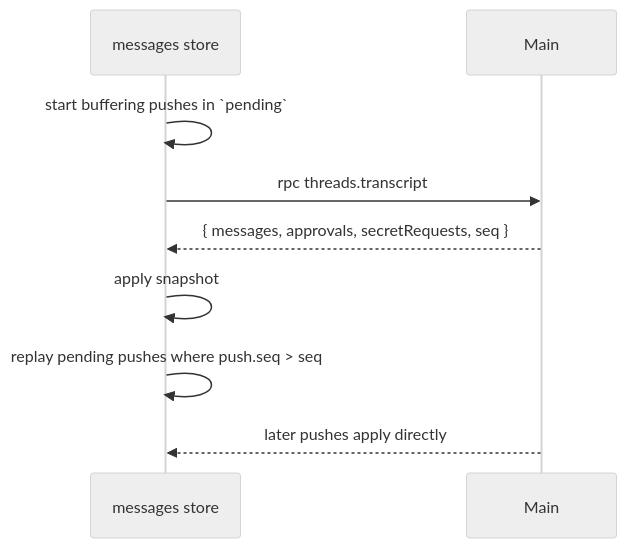
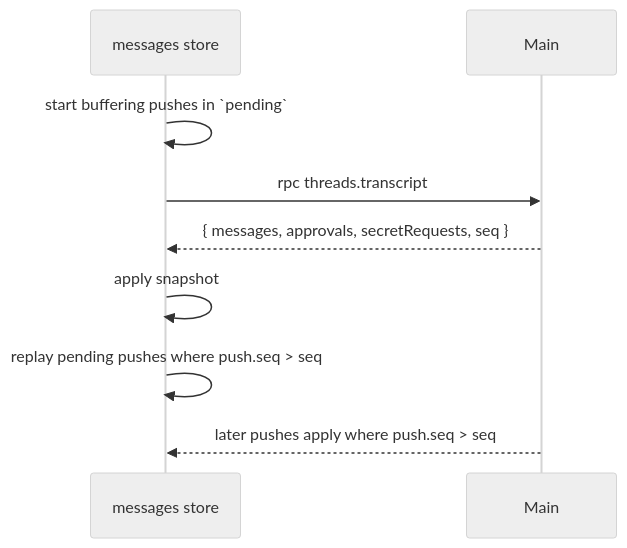
The sixth of 16 diagrams in docs/arch.md (hinadev-ai/hinacode), drawn with Mermaid (neutral theme) before and after one commit. The commit also changed other lines of this file and 6 other files, not shown here.

````diff
--- a/docs/arch.md
+++ b/docs/arch.md
@@ -238,11 +238,11 @@
 ```mermaid
 sequenceDiagram
   participant S as messages store
   participant M as Main
   S->>S: start buffering pushes in `pending`
   S->>M: rpc threads.transcript
   M-->>S: { messages, approvals, secretRequests, seq }
   S->>S: apply snapshot
   S->>S: replay pending pushes where push.seq > seq
-  M-->>S: later pushes apply directly
+  M-->>S: later pushes apply where push.seq > seq
 ```
````
